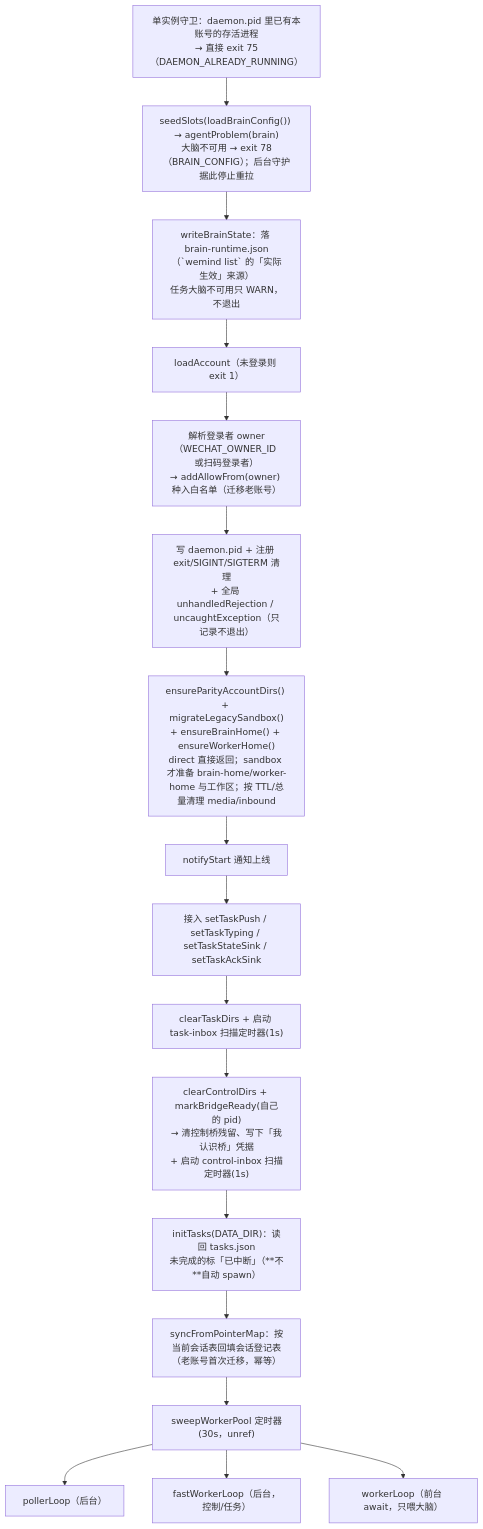
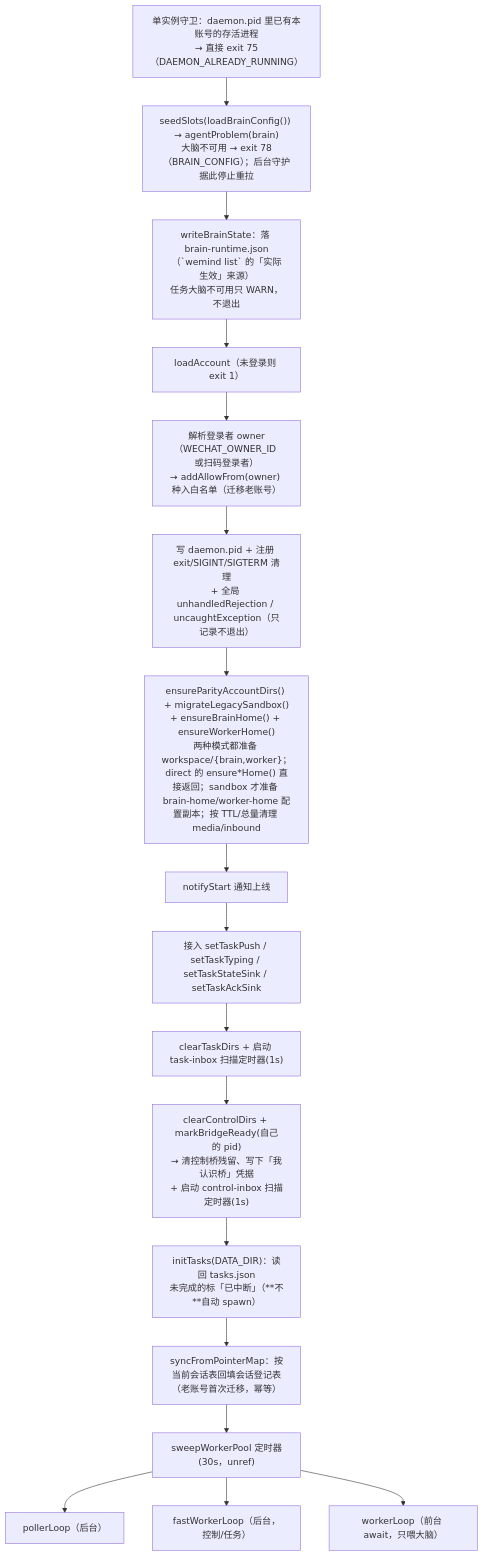
Before and after one commit to imwangpan/WeMind: the first of 4 diagrams in docs/repowiki/05-daemon.md, drawn with Mermaid. The commit also changed 22 other files, not shown here.

Commit message:
docs(agent-parity): 校正 direct/sandbox 口径与 overlay 文案

````diff
--- a/docs/repowiki/05-daemon.md
+++ b/docs/repowiki/05-daemon.md
@@ -107,20 +107,20 @@
 ```mermaid
 graph TD
     A["单实例守卫：daemon.pid 里已有本账号的存活进程<br/>→ 直接 exit 75（DAEMON_ALREADY_RUNNING）"]
     A --> B["seedSlots(loadBrainConfig()) → agentProblem(brain)<br/>大脑不可用 → exit 78（BRAIN_CONFIG）；后台守护据此停止重拉"]
     B --> B2["writeBrainState：落 brain-runtime.json<br/>（`wemind list` 的「实际生效」来源）<br/>任务大脑不可用只 WARN，不退出"]
     B2 --> C["loadAccount（未登录则 exit 1）"]
     C --> D["解析登录者 owner（WECHAT_OWNER_ID 或扫码登录者）<br/>→ addAllowFrom(owner) 种入白名单（迁移老账号）"]
     D --> E["写 daemon.pid + 注册 exit/SIGINT/SIGTERM 清理<br/>+ 全局 unhandledRejection / uncaughtException（只记录不退出）"]
-    E --> F["ensureParityAccountDirs() + migrateLegacySandbox()<br/>+ ensureBrainHome() + ensureWorkerHome()<br/>direct 直接返回；sandbox 才准备 brain-home/worker-home 与工作区；按 TTL/总量清理 media/inbound"]
+    E --> F["ensureParityAccountDirs() + migrateLegacySandbox()<br/>+ ensureBrainHome() + ensureWorkerHome()<br/>两种模式都准备 workspace/{brain,worker}；direct 的 ensure*Home() 直接返回；sandbox 才准备 brain-home/worker-home 配置副本；按 TTL/总量清理 media/inbound"]
     F --> G["notifyStart 通知上线"]
     G --> H["接入 setTaskPush / setTaskTyping / setTaskStateSink / setTaskAckSink"]
     H --> I["clearTaskDirs + 启动 task-inbox 扫描定时器(1s)"]
     I --> J["clearControlDirs + markBridgeReady(自己的 pid)<br/>→ 清控制桥残留、写下「我认识桥」凭据<br/>+ 启动 control-inbox 扫描定时器(1s)"]
     J --> K["initTasks(DATA_DIR)：读回 tasks.json<br/>未完成的标「已中断」（**不**自动 spawn）"]
     K --> L["syncFromPointerMap：按当前会话表回填会话登记表<br/>（老账号首次迁移，幂等）"]
     L --> M["sweepWorkerPool 定时器(30s，unref)"]
     M --> N["pollerLoop（后台）"]
     M --> O["fastWorkerLoop（后台，控制/任务）"]
     M --> P["workerLoop（前台 await，只喂大脑）"]
 ```
````
